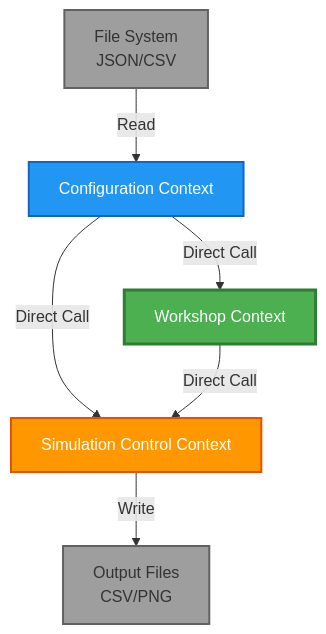
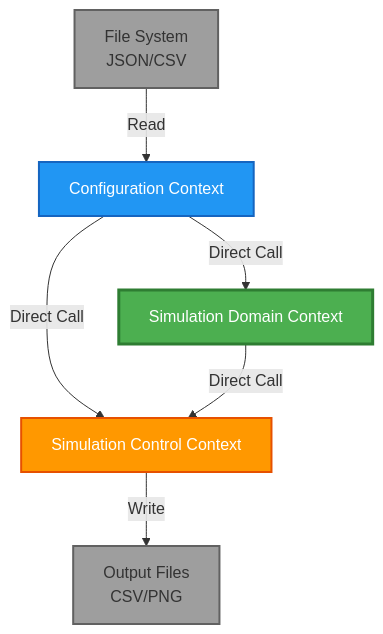
Before and after one commit to OpenRailAssociation/dac-migration-dss-popupsim: the first of 2 diagrams in docs/mvp/architecture/bounded-contexts/context-map.md, drawn with Mermaid. The commit also changed other lines of this file and 19 other files, not shown here.

First line of the commit message:
docs(pages): 📝 update MVP architecture

````diff
--- a/docs/mvp/architecture/bounded-contexts/context-map.md
+++ b/docs/mvp/architecture/bounded-contexts/context-map.md
@@ -9,30 +9,30 @@
 ```mermaid
 graph TB
     %% MVP Bounded Contexts
     CONFIG[Configuration Context]
-    WORKSHOP[Workshop Context]
+    DOMAIN[Simulation Domain Context]
     SIMCTRL[Simulation Control Context]
 
     %% Direct Service Calls (Monolith)
-    CONFIG -->|Direct Call| WORKSHOP
+    CONFIG -->|Direct Call| DOMAIN
     CONFIG -->|Direct Call| SIMCTRL
-    WORKSHOP -->|Direct Call| SIMCTRL
+    DOMAIN -->|Direct Call| SIMCTRL
 
     %% File System Integration
     FILES[File System<br/>JSON/CSV]
     OUTPUT[Output Files<br/>CSV/PNG]
 
     FILES -->|Read| CONFIG
     SIMCTRL -->|Write| OUTPUT
 
     %% Styling
     classDef coreDomain fill:#4caf50,stroke:#2e7d32,stroke-width:3px,color:#fff
     classDef supportingDomain fill:#2196f3,stroke:#1565c0,stroke-width:2px,color:#fff
     classDef genericDomain fill:#ff9800,stroke:#e65100,stroke-width:2px,color:#fff
     classDef external fill:#9e9e9e,stroke:#616161,stroke-width:2px
 
-    class WORKSHOP coreDomain
+    class DOMAIN coreDomain
     class CONFIG supportingDomain
     class SIMCTRL genericDomain
     class FILES,OUTPUT external
 ```
````
